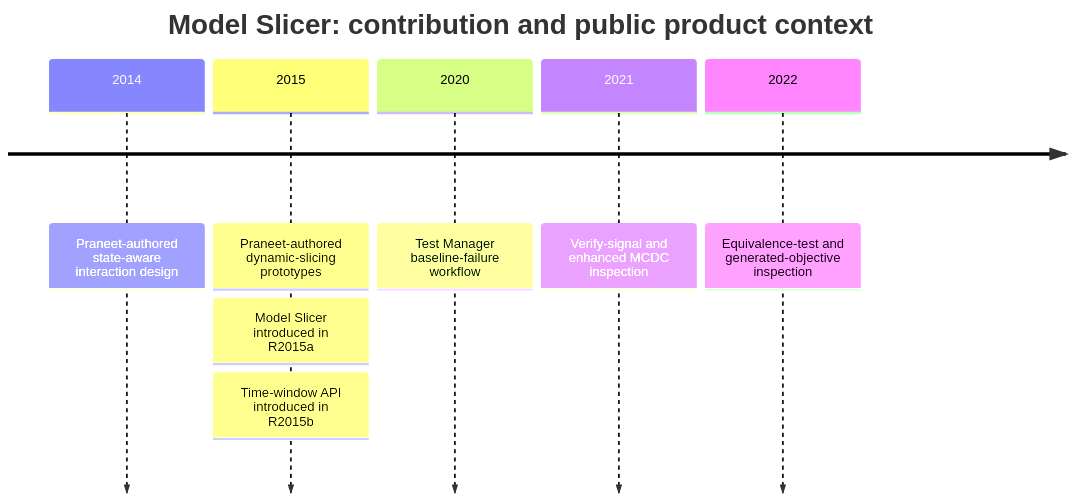
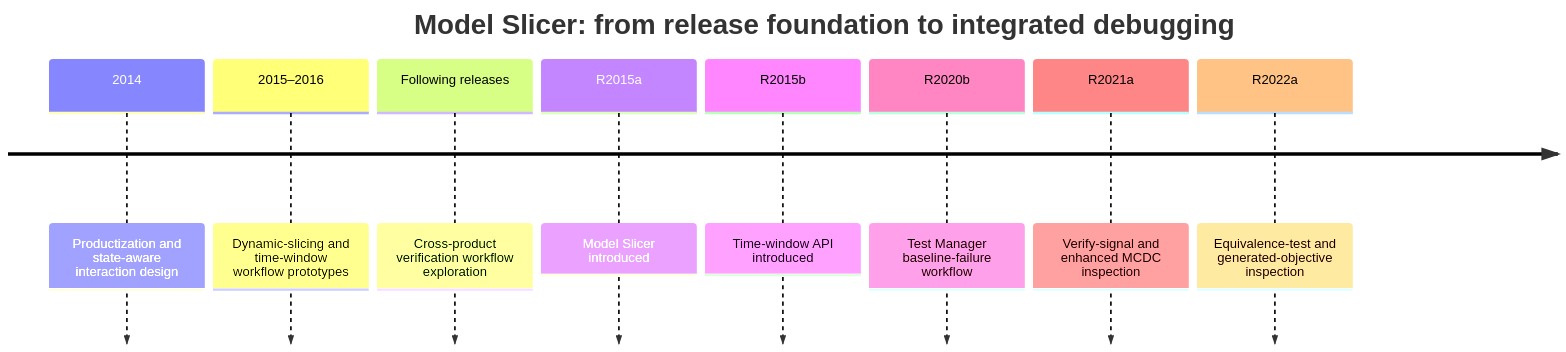
One commit to mphaxise/mphaxise.github.io changed the diagram in Praneet_Koppula/work/assets/model-slicer/assets/later-product-context.mmd. Above: the diagram before and after it, drawn with Mermaid. The commit also changed 7 other files, not shown here.

Commit message:
feat: add gated Model Slicer recruiting case

```diff
--- a/Praneet_Koppula/work/assets/model-slicer/assets/later-product-context.mmd
+++ b/Praneet_Koppula/work/assets/model-slicer/assets/later-product-context.mmd
@@ -1,9 +1,10 @@
 timeline
-    title Model Slicer: contribution and public product context
-    2014 : Praneet-authored state-aware interaction design
-    2015 : Praneet-authored dynamic-slicing prototypes
-         : Model Slicer introduced in R2015a
-         : Time-window API introduced in R2015b
-    2020 : Test Manager baseline-failure workflow
-    2021 : Verify-signal and enhanced MCDC inspection
-    2022 : Equivalence-test and generated-objective inspection
+    title Model Slicer: from release foundation to integrated debugging
+    2014 : Productization and state-aware interaction design
+    2015–2016 : Dynamic-slicing and time-window workflow prototypes
+    Following releases : Cross-product verification workflow exploration
+    R2015a : Model Slicer introduced
+    R2015b : Time-window API introduced
+    R2020b : Test Manager baseline-failure workflow
+    R2021a : Verify-signal and enhanced MCDC inspection
+    R2022a : Equivalence-test and generated-objective inspection
```
